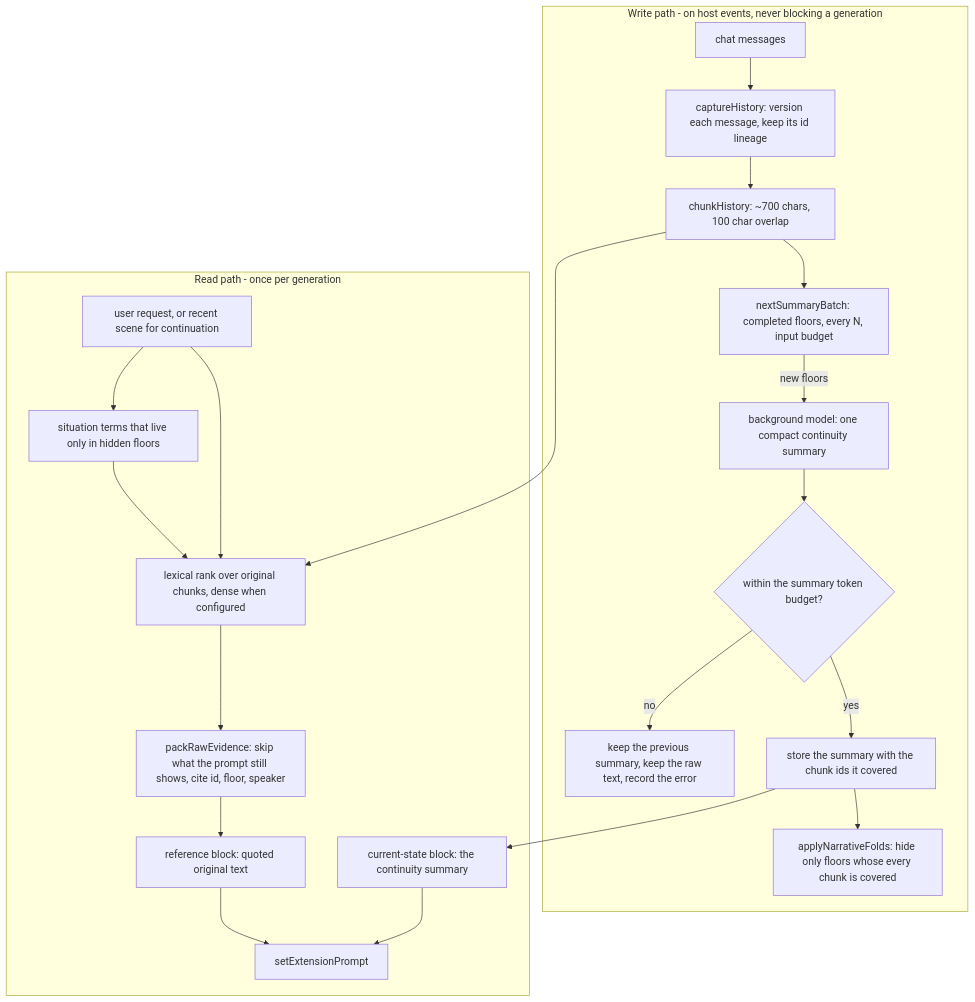
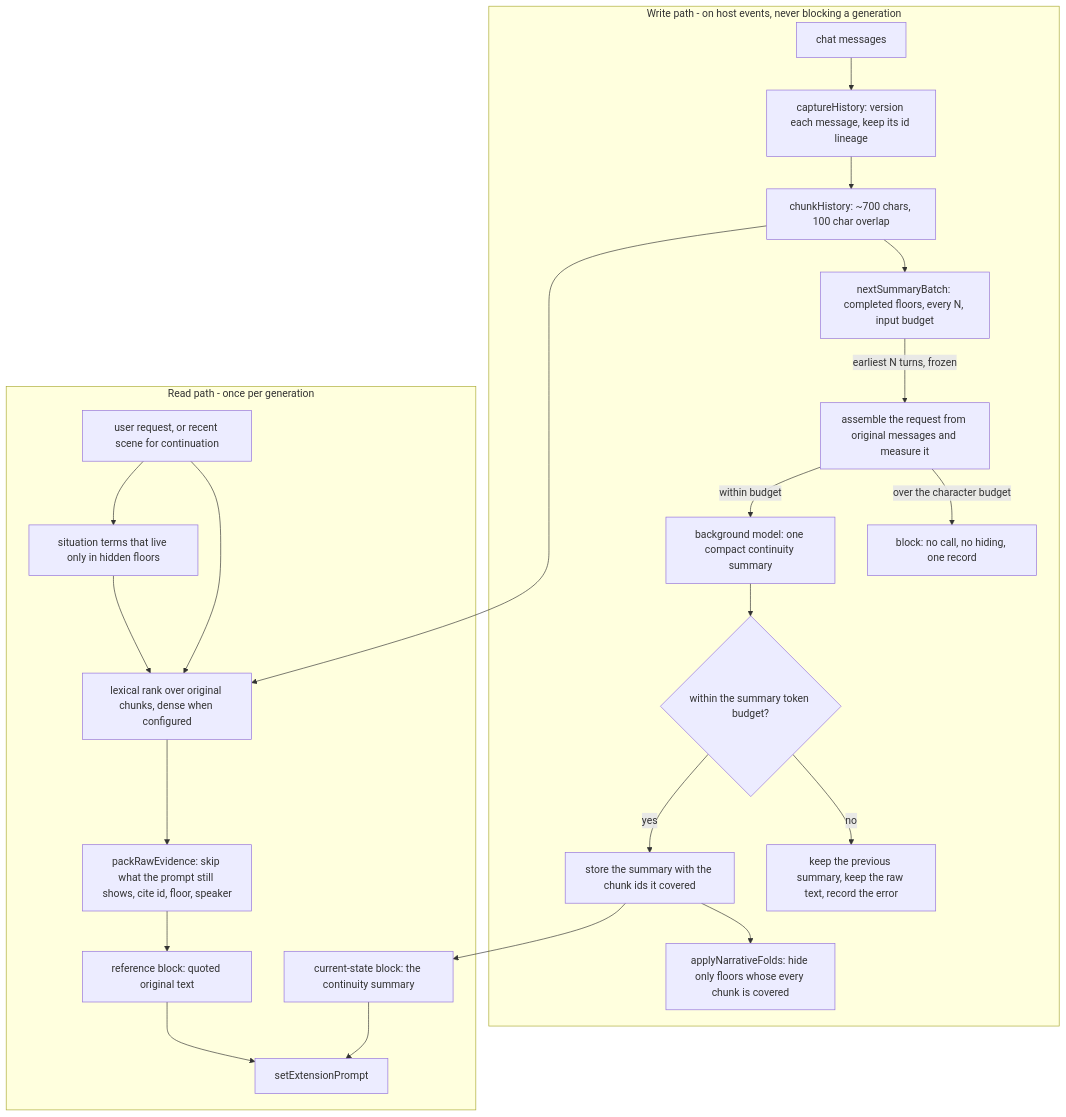
The diagram in dev_docs/01_architecture.md (Icey0111/Memory-plugin), drawn with Mermaid before and after one commit. The commit also changed other lines of this file and 11 other files, not shown here.

First line of the commit message:
fix: measure the exact summary request and count its horizon in floors

````diff
--- a/dev_docs/01_architecture.md
+++ b/dev_docs/01_architecture.md
@@ -18,24 +18,26 @@
 ```mermaid
 flowchart TD
     subgraph W[Write path - on host events, never blocking a generation]
         R[chat messages] --> C[captureHistory: version each message, keep its id lineage]
         C --> K[chunkHistory: ~700 chars, 100 char overlap]
         K --> B[nextSummaryBatch: completed floors, every N, input budget]
-        B -->|new floors| S[background model: one compact continuity summary]
+        B -->|earliest N turns, frozen| M[assemble the request from original messages and measure it]
+        M -->|over the character budget| BL[block: no call, no hiding, one record]
+        M -->|within budget| S[background model: one compact continuity summary]
         S --> V{within the summary token budget?}
         V -->|no| E[keep the previous summary, keep the raw text, record the error]
         V -->|yes| A[store the summary with the chunk ids it covered]
         A --> D[applyNarrativeFolds: hide only floors whose every chunk is covered]
     end
     subgraph G[Read path - once per generation]
         Q[user request, or recent scene for continuation] --> L[lexical rank over original chunks, dense when configured]
         Q --> N[situation terms that live only in hidden floors]
         N --> L
         K --> L
         L --> P[packRawEvidence: skip what the prompt still shows, cite id, floor, speaker]
         A --> Y[current-state block: the continuity summary]
         P --> X[reference block: quoted original text]
         Y --> I[setExtensionPrompt]
         X --> I
     end
 ```
````
